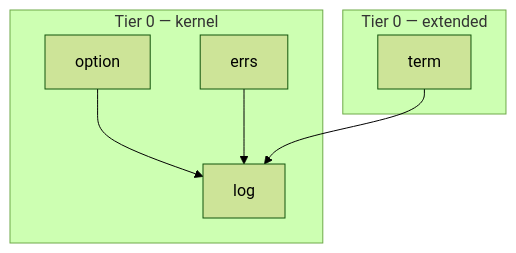
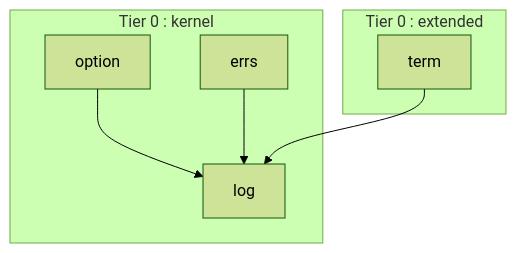
The diagram in specs/0005-log.md (nathanbrophy/glacier), drawn with Mermaid (forest theme) before and after one commit. The commit also changed other lines of this file and 83 other files, not shown here.

````diff
--- a/specs/0005-log.md
+++ b/specs/0005-log.md
@@ -112,15 +112,15 @@
 ```mermaid
 flowchart TB
-    subgraph T0[Tier 0 — kernel]
+    subgraph T0[Tier 0 :  kernel]
         option
         errs
         log
     end
-    subgraph T0ext[Tier 0 — extended]
+    subgraph T0ext[Tier 0 :  extended]
         term
     end
 
     option --> log
     errs --> log
     term --> log
 ```
````
